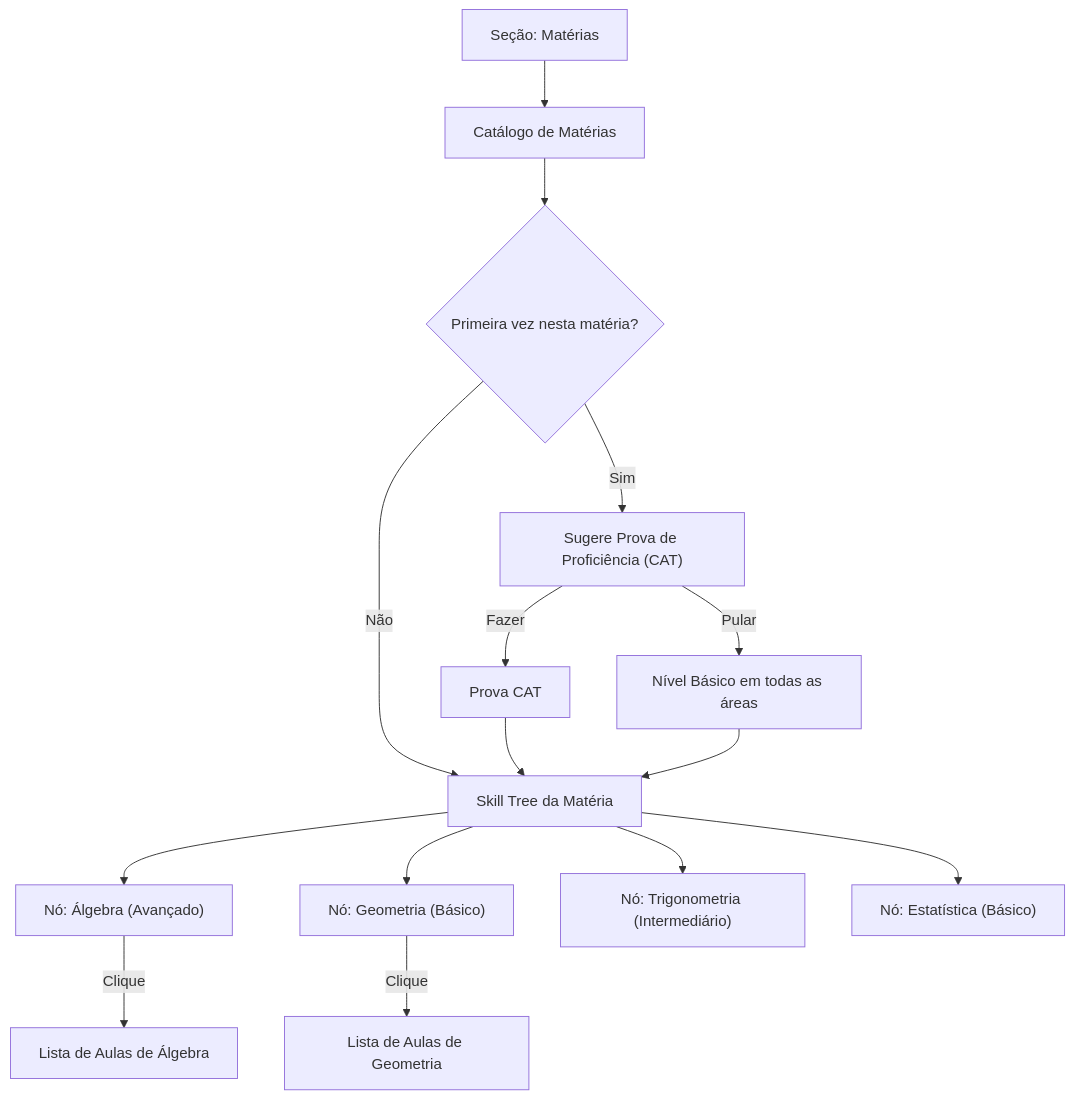
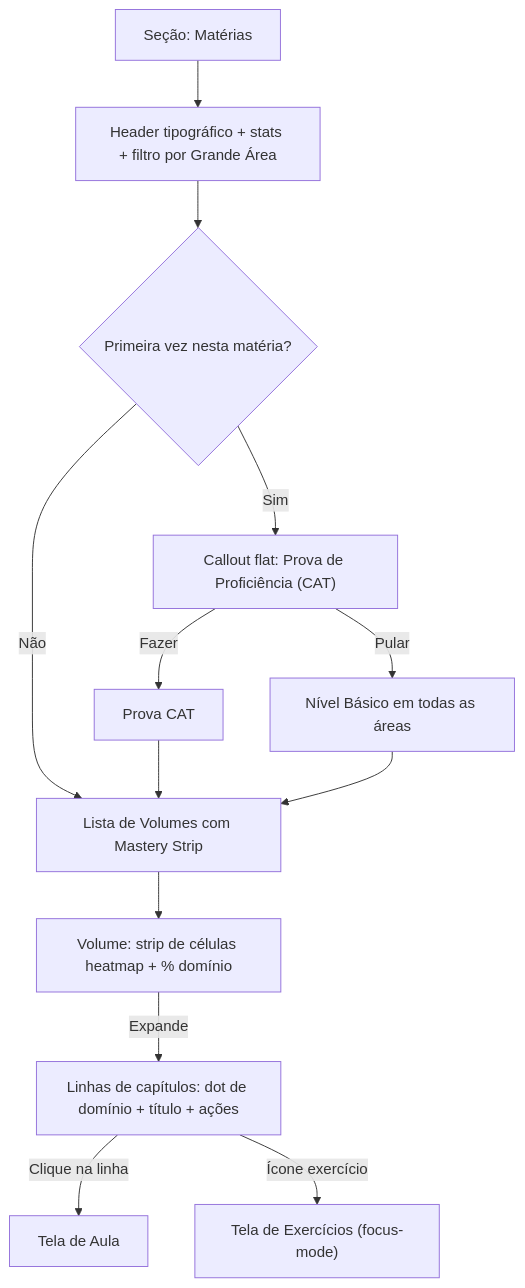
The second of 6 diagrams in docs-site/docs/modules/interface/flow/telas-aluno.md (SiadeLucas/Tutor-Inteligente), drawn with Mermaid before and after one commit. The commit also changed other lines of this file and 70 other files, not shown here.

````diff
--- a/docs-site/docs/modules/interface/flow/telas-aluno.md
+++ b/docs-site/docs/modules/interface/flow/telas-aluno.md
@@ -35,17 +42,15 @@
 ```mermaid
 flowchart TD
-    A["Seção: Matérias"] --> B["Catálogo de Matérias"]
+    A["Seção: Matérias"] --> B["Header tipográfico + stats + filtro por Grande Área"]
     B --> C{"Primeira vez nesta matéria?"}
-    C -->|Sim| D["Sugere Prova de Proficiência (CAT)"]
-    C -->|Não| E["Skill Tree da Matéria"]
+    C -->|Sim| D["Callout flat: Prova de Proficiência (CAT)"]
+    C -->|Não| E["Lista de Volumes com Mastery Strip"]
     D -->|Fazer| F["Prova CAT"]
     D -->|Pular| G["Nível Básico em todas as áreas"]
     F --> E
     G --> E
-    E --> H["Nó: Álgebra (Avançado)"]
-    E --> I["Nó: Geometria (Básico)"]
-    E --> J["Nó: Trigonometria (Intermediário)"]
-    E --> K["Nó: Estatística (Básico)"]
-    H -->|Clique| L["Lista de Aulas de Álgebra"]
-    I -->|Clique| M["Lista de Aulas de Geometria"]
+    E --> H["Volume: strip de células heatmap + % domínio"]
+    H -->|Expande| I["Linhas de capítulos: dot de domínio + título + ações"]
+    I -->|Clique na linha| J["Tela de Aula"]
+    I -->|Ícone exercício| K["Tela de Exercícios (focus-mode)"]
 ```
````
